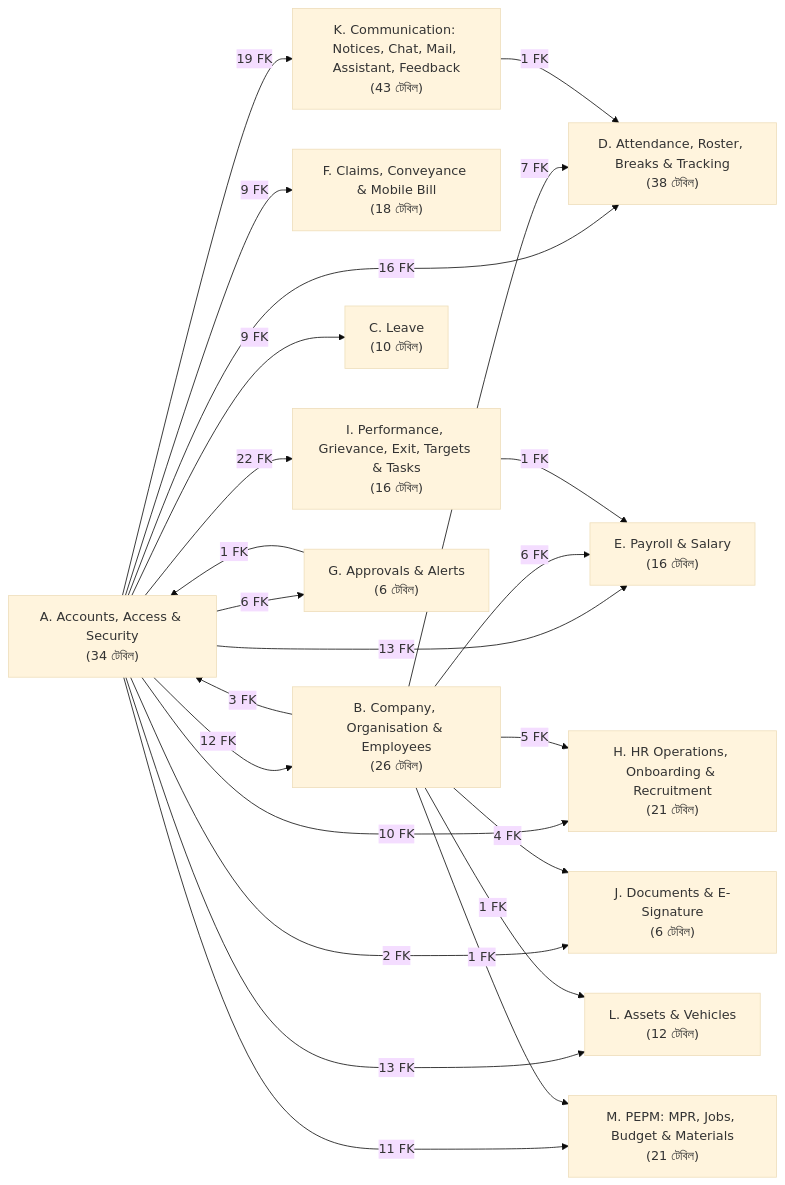
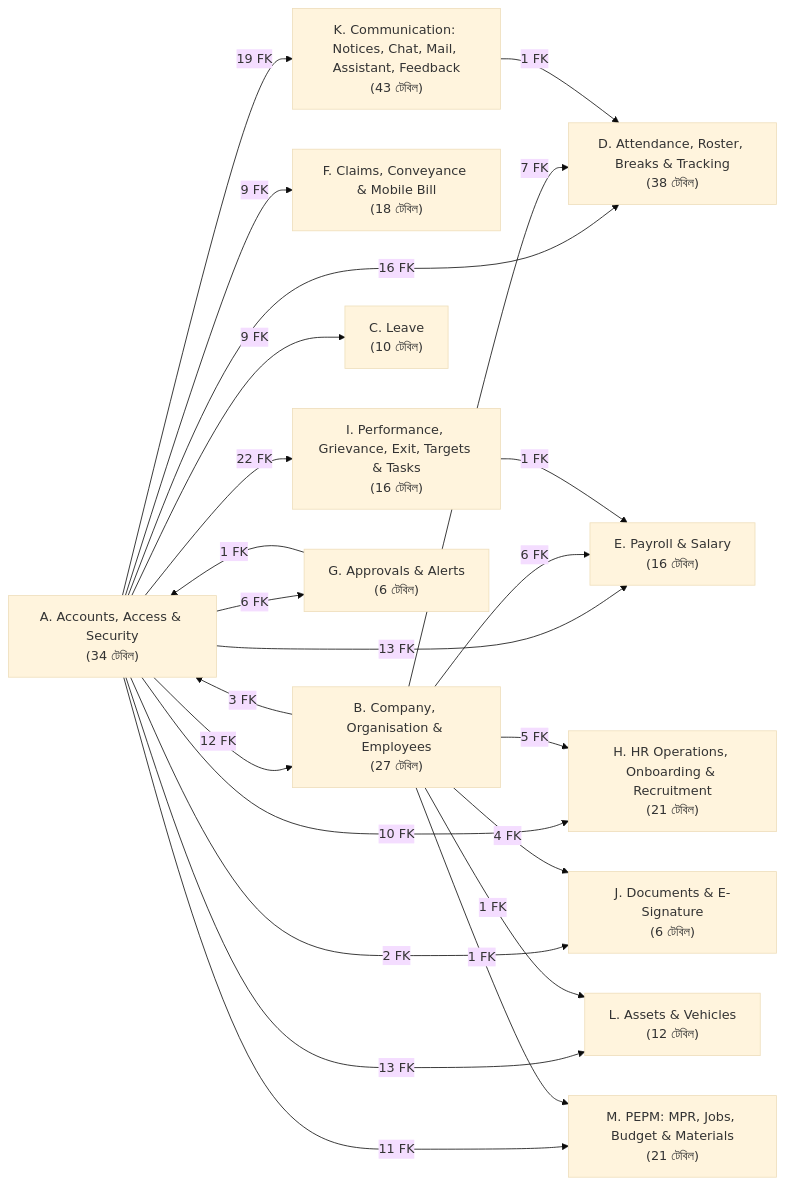
One commit to ruhulamencredence/CredenceHR changed the diagram in docs/architecture/database/diagrams/00-module-map.mmd. Above: the diagram before and after it, drawn with Mermaid (base theme). The commit also changed 47 other files, not shown here.

```diff
--- a/docs/architecture/database/diagrams/00-module-map.mmd
+++ b/docs/architecture/database/diagrams/00-module-map.mmd
@@ -1,36 +1,36 @@
 flowchart LR
   K["K. Communication: Notices, Chat, Mail, Assistant, Feedback<br/>(43 টেবিল)"]
   H["H. HR Operations, Onboarding & Recruitment<br/>(21 টেবিল)"]
   D["D. Attendance, Roster, Breaks & Tracking<br/>(38 টেবিল)"]
   A["A. Accounts, Access & Security<br/>(34 টেবিল)"]
   M["M. PEPM: MPR, Jobs, Budget & Materials<br/>(21 টেবিল)"]
   F["F. Claims, Conveyance & Mobile Bill<br/>(18 টেবিল)"]
-  B["B. Company, Organisation & Employees<br/>(26 টেবিল)"]
+  B["B. Company, Organisation & Employees<br/>(27 টেবিল)"]
   C["C. Leave<br/>(10 টেবিল)"]
   L["L. Assets & Vehicles<br/>(12 টেবিল)"]
   J["J. Documents & E-Signature<br/>(6 টেবিল)"]
   E["E. Payroll & Salary<br/>(16 টেবিল)"]
   I["I. Performance, Grievance, Exit, Targets & Tasks<br/>(16 টেবিল)"]
   G["G. Approvals & Alerts<br/>(6 টেবিল)"]
   A -->|12 FK| B
   A -->|9 FK| C
   A -->|16 FK| D
   A -->|13 FK| E
   A -->|9 FK| F
   A -->|6 FK| G
   A -->|10 FK| H
   A -->|22 FK| I
   A -->|2 FK| J
   A -->|19 FK| K
   A -->|13 FK| L
   A -->|11 FK| M
   B -->|3 FK| A
   B -->|7 FK| D
   B -->|6 FK| E
   B -->|5 FK| H
   B -->|4 FK| J
   B -->|1 FK| L
   B -->|1 FK| M
   G -->|1 FK| A
   I -->|1 FK| E
   K -->|1 FK| D
```
